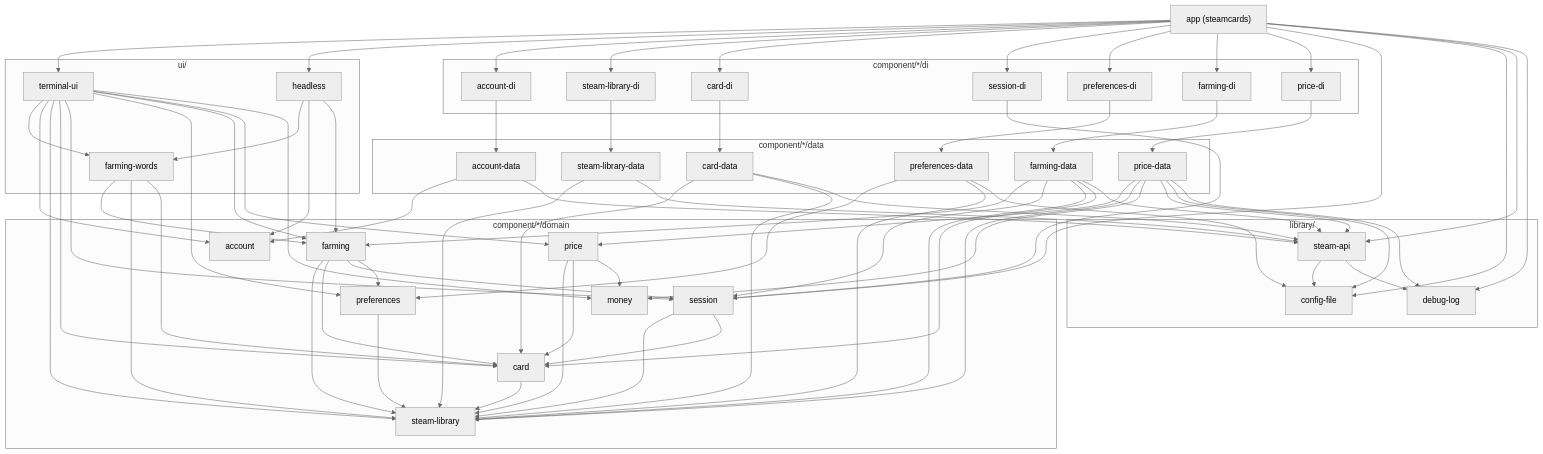
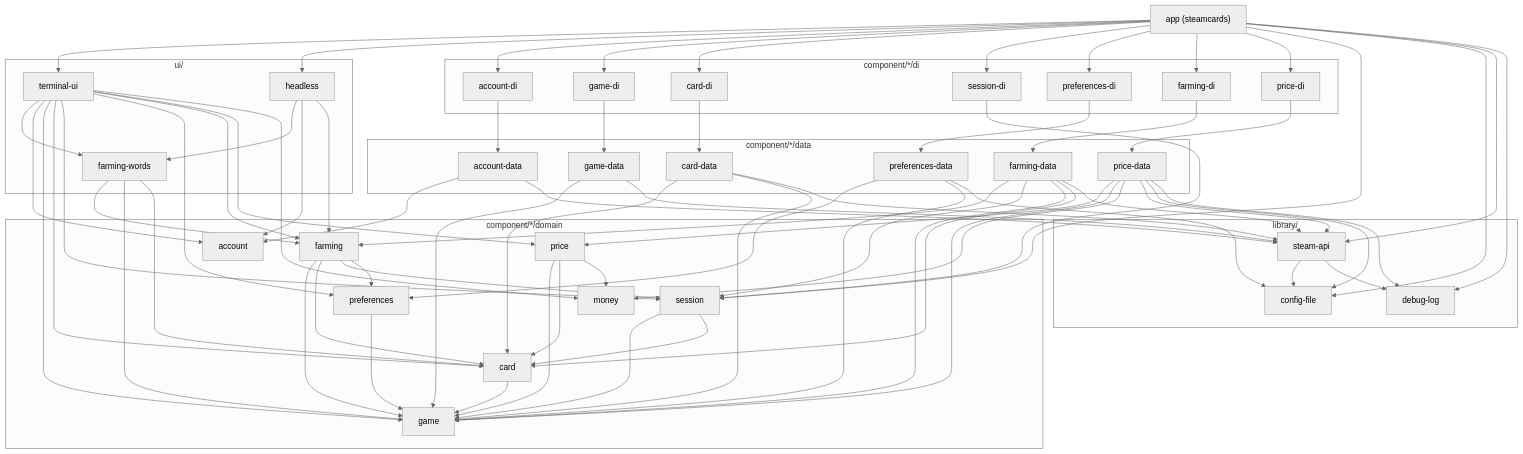
One commit to joshgallantt/steamcards changed the diagram in docs/architecture.md. Above: the diagram before and after it, drawn with Mermaid (neutral theme). The commit also changed other lines of this file and 173 other files, not shown here.

First line of the commit message:
Name the games component game, and its use case GetLibrary

````diff
--- a/docs/architecture.md
+++ b/docs/architecture.md
@@ -415,70 +415,70 @@
 ```mermaid
 graph TD
     APP["app (steamcards)"]
 
     subgraph UI["ui/"]
         TUI[terminal-ui]
         HL[headless]
         FW[farming-words]
     end
 
     subgraph DI["component/*/di"]
         ADI[account-di]
-        LDI[steam-library-di]
+        GDI[game-di]
         CDI[card-di]
         SDI[session-di]
         PDI[preferences-di]
         FDI[farming-di]
         PRDI[price-di]
     end
 
     subgraph DATA["component/*/data"]
         AD[account-data]
-        LD[steam-library-data]
+        GD[game-data]
         CD[card-data]
         PD[preferences-data]
         FD[farming-data]
         PRD[price-data]
     end
 
     subgraph DOMAIN["component/*/domain"]
         MON[money]
         ACC[account]
-        LIB[steam-library]
+        GAME[game]
         CARD[card]
         SES[session]
         PREF[preferences]
         FARM[farming]
         PRICE[price]
     end
 
     subgraph LIBS["library/"]
         SA[steam-api]
         CF[config-file]
         DL[debug-log]
     end
 
-    APP --> TUI & HL & ADI & LDI & CDI & SDI & PDI & FDI & PRDI & SES & CF & SA & DL
-    TUI --> FW & ACC & LIB & CARD & SES & PREF & FARM & PRICE & MON
+    APP --> TUI & HL & ADI & GDI & CDI & SDI & PDI & FDI & PRDI & SES & CF & SA & DL
+    TUI --> FW & ACC & GAME & CARD & SES & PREF & FARM & PRICE & MON
     HL --> FW & ACC & FARM
-    FW --> FARM & LIB & CARD
+    FW --> FARM & GAME & CARD
     ADI --> AD
-    LDI --> LD
+    GDI --> GD
     CDI --> CD
     PDI --> PD
     FDI --> FD
     SDI --> SES
     PRDI --> PRD
     AD --> ACC & SA
-    LD --> LIB & SA
-    CD --> CARD & LIB & SA
-    PD --> PREF & LIB & CF
-    FD --> FARM & SES & LIB & CARD & SA
-    PRD --> PRICE & LIB & MON & SA & CF & DL
-    CARD --> LIB
-    PREF --> LIB
-    SES --> LIB & CARD
-    FARM --> LIB & CARD & SES & PREF
-    PRICE --> LIB & CARD & MON
+    GD --> GAME & SA
+    CD --> CARD & GAME & SA
+    PD --> PREF & GAME & CF
+    FD --> FARM & SES & GAME & CARD & SA
+    PRD --> PRICE & GAME & MON & SA & CF & DL
+    CARD --> GAME
+    PREF --> GAME
+    SES --> GAME & CARD
+    FARM --> GAME & CARD & SES & PREF
+    PRICE --> GAME & CARD & MON
     SA --> CF & DL
 ```
````
